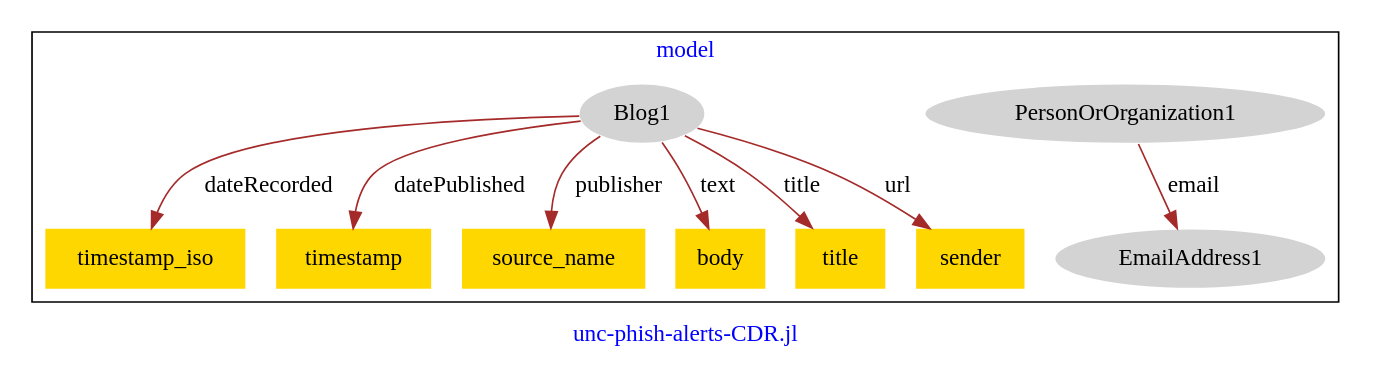
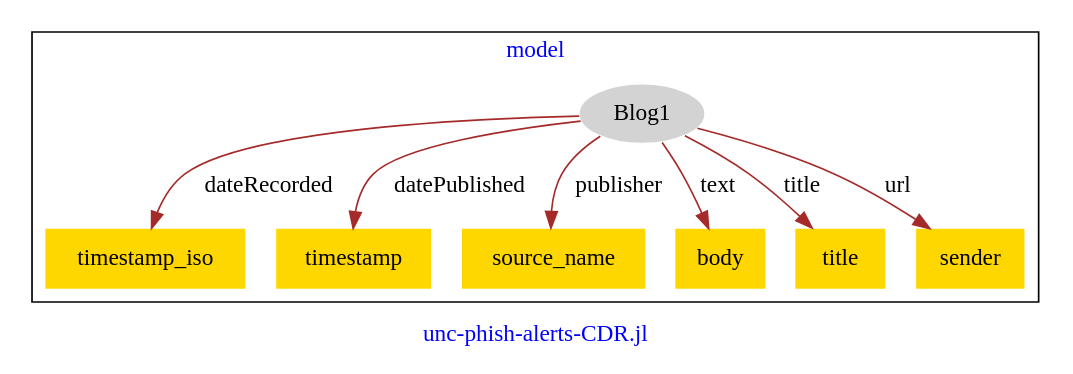
Before and after one commit to usc-isi-i2/effect-alignment: the diagram in models/hg-unc-phish-alerts/unc-phish-alerts-model.dot, drawn with Graphviz.

Commit message:
Update file unc-phish-alerts-model.dot

```diff
--- a/models/hg-unc-phish-alerts/unc-phish-alerts-model.dot
+++ b/models/hg-unc-phish-alerts/unc-phish-alerts-model.dot
@@ -1,24 +1,21 @@
 digraph n0 {
 fontcolor="blue"
 remincross="true"
 label="unc-phish-alerts-CDR.jl"
 subgraph cluster {
 label="model"
-n2[style="filled",color="white",fillcolor="lightgray",label="PersonOrOrganization1"];
-n3[style="filled",color="white",fillcolor="lightgray",label="EmailAddress1"];
-n4[style="filled",color="white",fillcolor="lightgray",label="Blog1"];
-n5[shape="plaintext",style="filled",fillcolor="gold",label="timestamp_iso"];
-n6[shape="plaintext",style="filled",fillcolor="gold",label="timestamp"];
-n7[shape="plaintext",style="filled",fillcolor="gold",label="source_name"];
-n8[shape="plaintext",style="filled",fillcolor="gold",label="body"];
-n9[shape="plaintext",style="filled",fillcolor="gold",label="title"];
-n10[shape="plaintext",style="filled",fillcolor="gold",label="sender"];
+n2[style="filled",color="white",fillcolor="lightgray",label="Blog1"];
+n3[shape="plaintext",style="filled",fillcolor="gold",label="timestamp_iso"];
+n4[shape="plaintext",style="filled",fillcolor="gold",label="timestamp"];
+n5[shape="plaintext",style="filled",fillcolor="gold",label="source_name"];
+n6[shape="plaintext",style="filled",fillcolor="gold",label="body"];
+n7[shape="plaintext",style="filled",fillcolor="gold",label="title"];
+n8[shape="plaintext",style="filled",fillcolor="gold",label="sender"];
 }
-n2 -> n3[color="brown",fontcolor="black",label="email"]
-n4 -> n5[color="brown",fontcolor="black",label="dateRecorded"]
-n4 -> n6[color="brown",fontcolor="black",label="datePublished"]
-n4 -> n7[color="brown",fontcolor="black",label="publisher"]
-n4 -> n8[color="brown",fontcolor="black",label="text"]
-n4 -> n9[color="brown",fontcolor="black",label="title"]
-n4 -> n10[color="brown",fontcolor="black",label="url"]
+n2 -> n3[color="brown",fontcolor="black",label="dateRecorded"]
+n2 -> n4[color="brown",fontcolor="black",label="datePublished"]
+n2 -> n5[color="brown",fontcolor="black",label="publisher"]
+n2 -> n6[color="brown",fontcolor="black",label="text"]
+n2 -> n7[color="brown",fontcolor="black",label="title"]
+n2 -> n8[color="brown",fontcolor="black",label="url"]
 }
```
